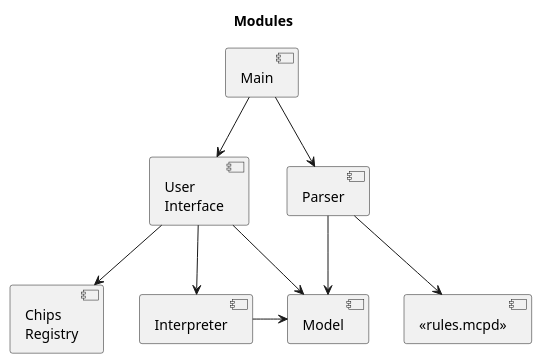
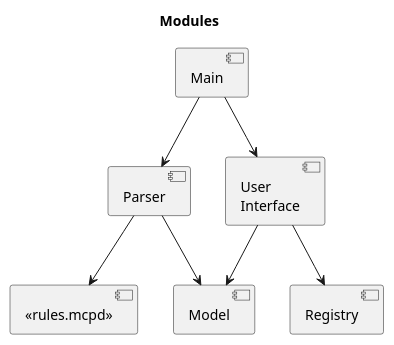
The diagram in docs/reference-component-diagram.puml (TristanoSuriani/mcpd-racket), drawn with PlantUML before and after one commit. The commit also changed 1 other file, not shown here.

```diff
--- a/docs/reference-component-diagram.puml
+++ b/docs/reference-component-diagram.puml
@@ -1,22 +1,19 @@
 @startuml
 
 title Modules
 
 [Main] as main
 [Parser] as parser
 [Model] as model
-[Chips\nRegistry] as registry
+[Registry] as registry
 [<<rules.mcpd>>] as rules
 [User\nInterface] as ui
-[Interpreter] as interpreter
 
 main --> ui
 main --> parser
 ui --> model
 ui --> registry
-ui --> interpreter
-interpreter -> model
 parser --> model
 parser --> rules
 
 @enduml
```
